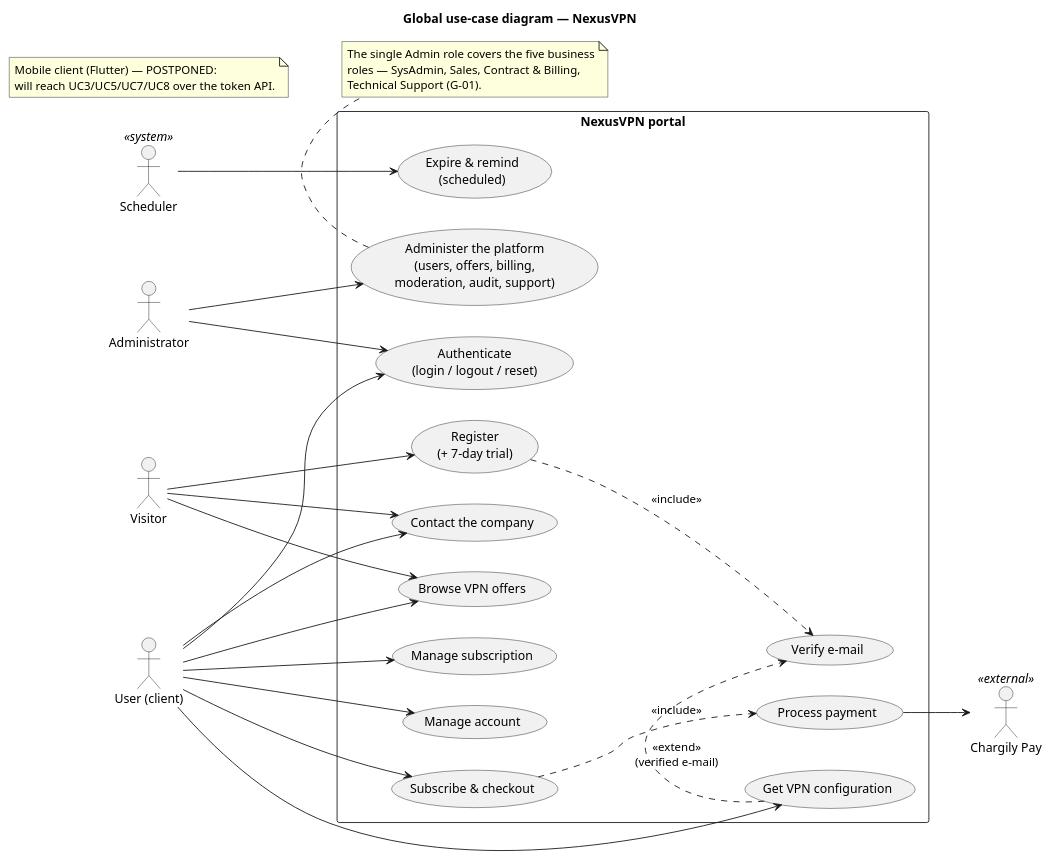
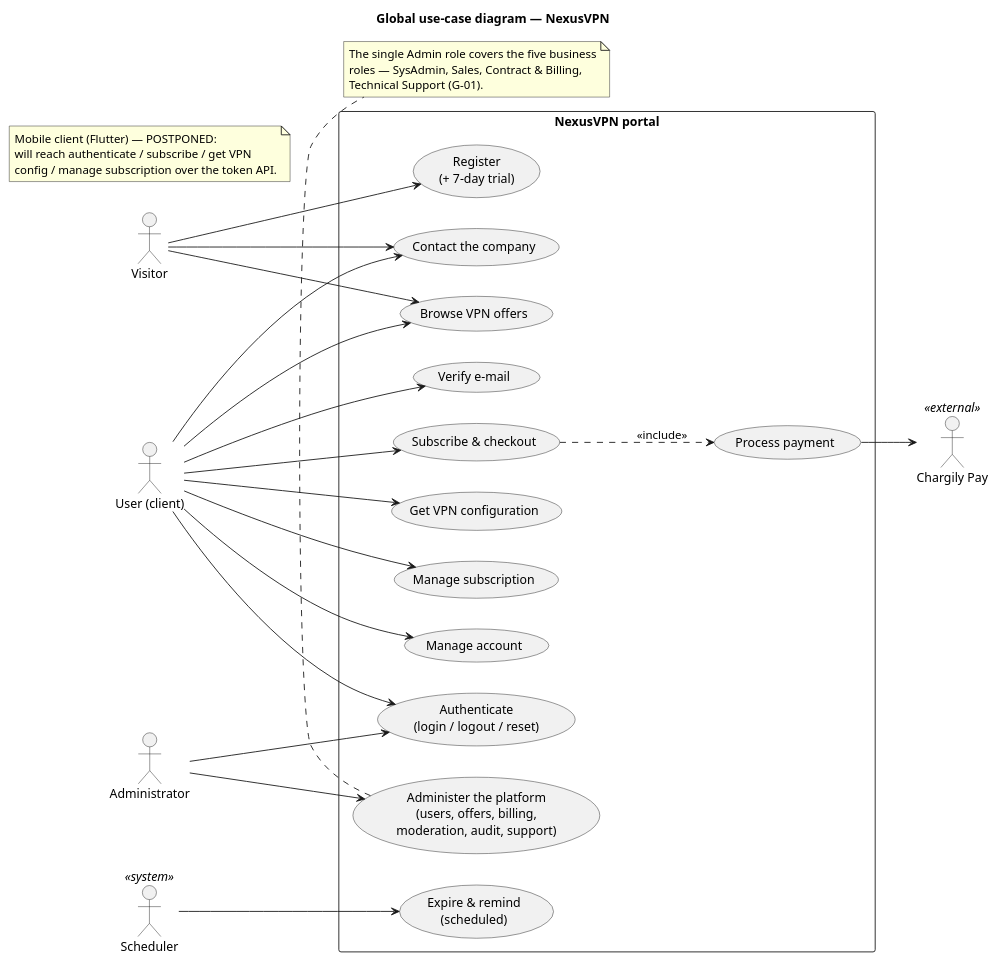
The diagram in docs/memoire/figures/use-case-global.puml (mossabsrh/nexus-vpn), drawn with PlantUML before and after one commit. The commit also changed 7 other files, not shown here.

First line of the commit message:
docs(memoire): fix Chapter III (UML include/extend, admin use-case tables, lists)

```diff
--- a/docs/memoire/figures/use-case-global.puml
+++ b/docs/memoire/figures/use-case-global.puml
@@ -1,55 +1,55 @@
 @startuml use-case-global
 left to right direction
 skinparam packageStyle rectangle
 title Global use-case diagram — NexusVPN
 
 actor "Visitor" as V
 actor "User (client)" as U
 actor "Administrator" as A
 actor "Chargily Pay" as C <<external>>
 actor "Scheduler" as S <<system>>
 
 rectangle "NexusVPN portal" {
   usecase "Browse VPN offers" as UC1
   usecase "Register\n(+ 7-day trial)" as UC2
   usecase "Authenticate\n(login / logout / reset)" as UC3
   usecase "Verify e-mail" as UC4
   usecase "Subscribe & checkout" as UC5
   usecase "Process payment" as UC6
   usecase "Get VPN configuration" as UC7
   usecase "Manage subscription" as UC8
   usecase "Manage account" as UC9
   usecase "Contact the company" as UC10
   usecase "Administer the platform\n(users, offers, billing,\nmoderation, audit, support)" as UC11
   usecase "Expire & remind\n(scheduled)" as UC12
 }
 
 V --> UC1
 V --> UC2
 V --> UC10
 U --> UC1
 U --> UC3
+U --> UC4
 U --> UC5
 U --> UC7
 U --> UC8
 U --> UC9
 U --> UC10
 A --> UC3
 A --> UC11
 S --> UC12
 
-UC2 ..> UC4 : <<include>>
 UC5 ..> UC6 : <<include>>
 UC6 --> C
-UC7 .> UC4 : <<extend>>\n(verified e-mail)
 
 note bottom of UC11
   The single Admin role covers the five business
   roles — SysAdmin, Sales, Contract & Billing,
   Technical Support (G-01).
 end note
 note as NMOB
   Mobile client (Flutter) — POSTPONED:
-  will reach UC3/UC5/UC7/UC8 over the token API.
+  will reach authenticate / subscribe / get VPN
+  config / manage subscription over the token API.
 end note
 @enduml
```
